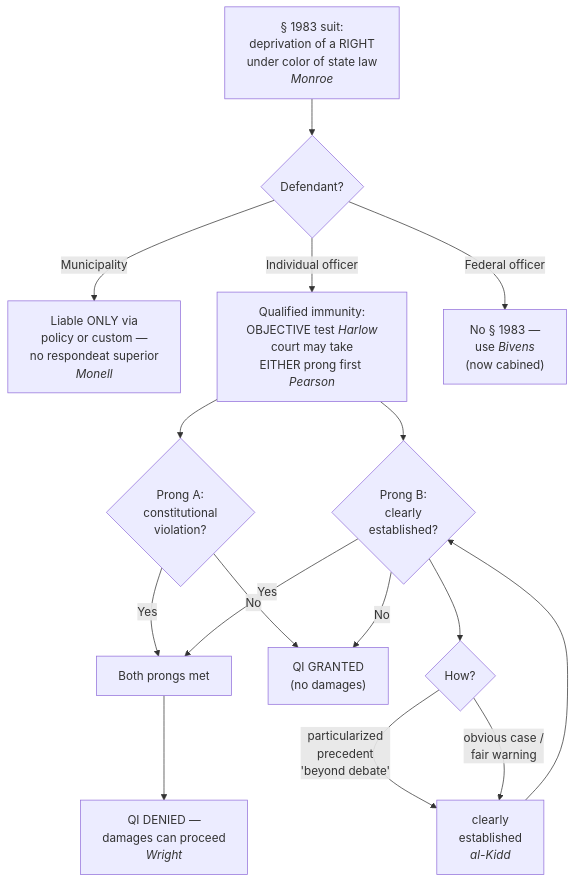
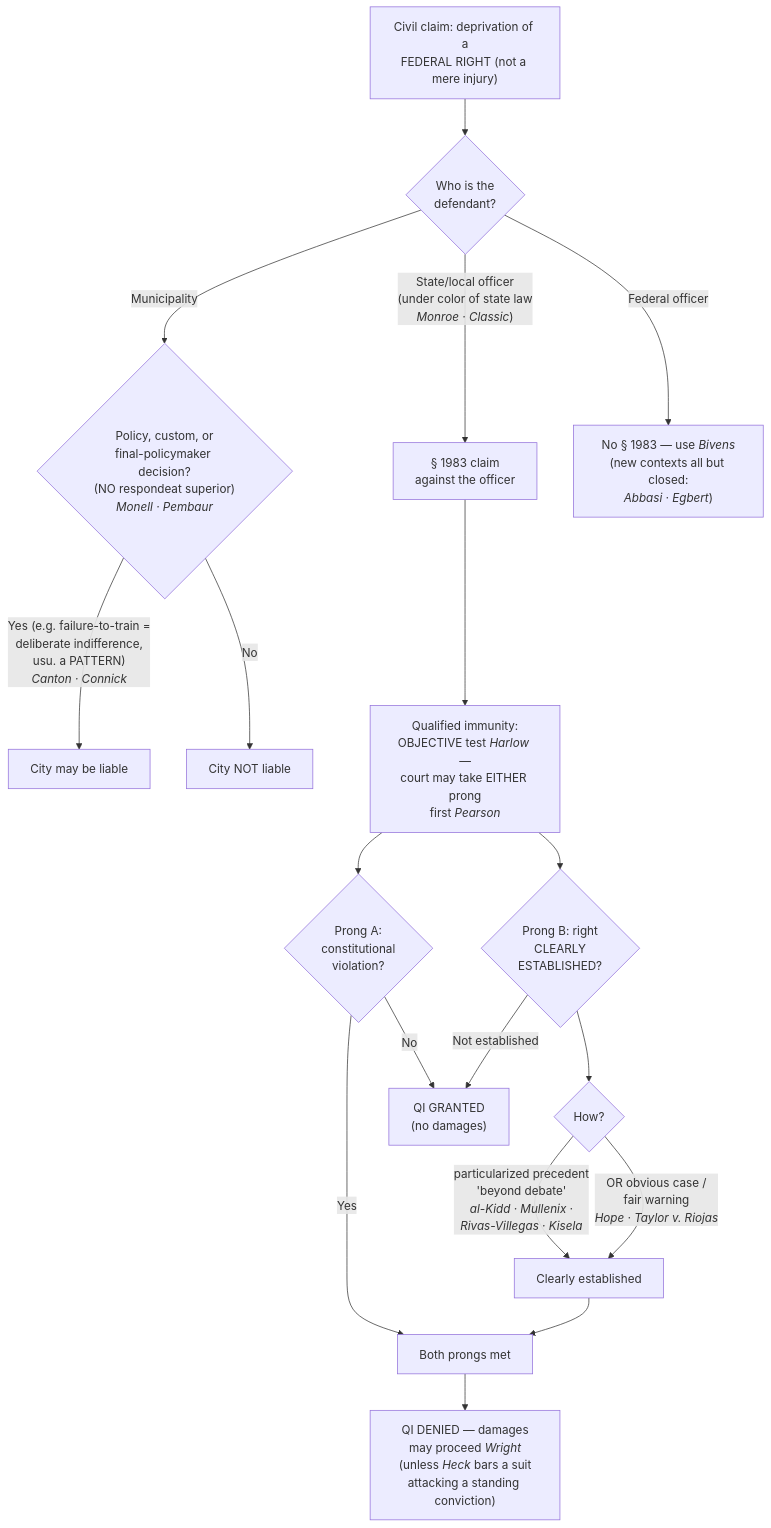
Before and after one commit to Enragedsaturday/cssi: the diagram in content/10-use-of-force-liability/Section 1983 Liability and Qualified Immunity.md, drawn with Mermaid. The commit also changed other lines of this file and 6 other files, not shown here.

First line of the commit message:
S6 Wave 6 (final): reformat confessions II + liability + adjacent brief-first

````diff
--- a/content/10-use-of-force-liability/Section 1983 Liability and Qualified Immunity.md
+++ b/content/10-use-of-force-liability/Section 1983 Liability and Qualified Immunity.md
@@ -79,18 +119,20 @@
 ```mermaid
 flowchart TD
-  S["§ 1983 suit:<br/>deprivation of a RIGHT<br/>under color of state law<br/><i>Monroe</i>"] --> D{Defendant?}
-  D -->|Municipality| M["Liable ONLY via<br/>policy or custom —<br/>no respondeat superior<br/><i>Monell</i>"]
-  D -->|Individual officer| QI["Qualified immunity:<br/>OBJECTIVE test <i>Harlow</i><br/>court may take<br/>EITHER prong first <i>Pearson</i>"]
-  D -->|Federal officer| BIV["No § 1983 —<br/>use <i>Bivens</i><br/>(now cabined)"]
-  QI --> V{"Prong A:<br/>constitutional<br/>violation?"}
-  QI --> C{"Prong B:<br/>clearly<br/>established?"}
-  C --> CE{"How?"}
-  CE -->|particularized<br/>precedent<br/>'beyond debate'| YES["clearly<br/>established<br/><i>al-Kidd</i>"]
-  CE -->|obvious case /<br/>fair warning| YES
-  YES --> C
-  V -->|No| IMM["QI GRANTED<br/>(no damages)"]
-  C -->|No| IMM
-  V -->|Yes| BOTH["Both prongs met"]
-  C -->|Yes| BOTH
-  BOTH --> LIAB["QI DENIED —<br/>damages can proceed<br/><i>Wright</i>"]
+  S["Civil claim: deprivation of a<br/>FEDERAL RIGHT (not a mere injury)"] --> W{"Who is the<br/>defendant?"}
+  W -->|"State/local officer<br/>(under color of state law<br/><i>Monroe · Classic</i>)"| IND["§ 1983 claim<br/>against the officer"]
+  W -->|"Municipality"| M{"Policy, custom, or<br/>final-policymaker decision?<br/>(NO respondeat superior)<br/><i>Monell · Pembaur</i>"}
+  W -->|"Federal officer"| BIV["No § 1983 — use <i>Bivens</i><br/>(new contexts all but closed:<br/><i>Abbasi · Egbert</i>)"]
+  M -->|"Yes (e.g. failure-to-train =<br/>deliberate indifference,<br/>usu. a PATTERN)<br/><i>Canton · Connick</i>"| MLIAB["City may be liable"]
+  M -->|"No"| MNO["City NOT liable"]
+  IND --> QI["Qualified immunity:<br/>OBJECTIVE test <i>Harlow</i> —<br/>court may take EITHER prong<br/>first <i>Pearson</i>"]
+  QI --> P1{"Prong A:<br/>constitutional<br/>violation?"}
+  QI --> P2{"Prong B: right<br/>CLEARLY<br/>ESTABLISHED?"}
+  P2 --> HOW{"How?"}
+  HOW -->|"particularized precedent<br/>'beyond debate'<br/><i>al-Kidd · Mullenix ·<br/>Rivas-Villegas · Kisela</i>"| CE["Clearly established"]
+  HOW -->|"OR obvious case /<br/>fair warning<br/><i>Hope · Taylor v. Riojas</i>"| CE
+  P1 -->|No| IMM["QI GRANTED<br/>(no damages)"]
+  P2 -->|"Not established"| IMM
+  P1 -->|Yes| BOTH["Both prongs met"]
+  CE --> BOTH
+  BOTH --> LIAB["QI DENIED — damages<br/>may proceed <i>Wright</i><br/>(unless <i>Heck</i> bars a suit<br/>attacking a standing conviction)"]
 ```
````
